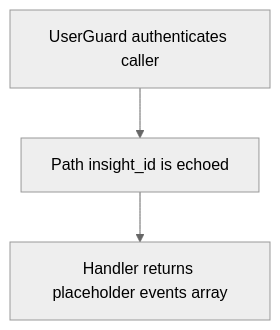
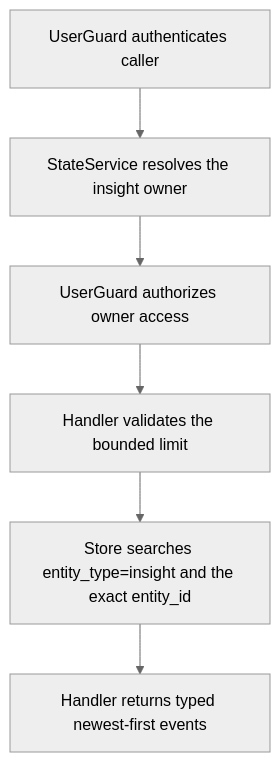
One commit to dickwu/nowledge changed the diagram in doc/api/get_v1_history_insights_insight_id_events.md. Above: the diagram before and after it, drawn with Mermaid (neutral theme). The commit also changed other lines of this file and 102 other files, not shown here.

````diff
--- a/doc/api/get_v1_history_insights_insight_id_events.md
+++ b/doc/api/get_v1_history_insights_insight_id_events.md
@@ -35,8 +40,14 @@
 ```mermaid
 flowchart TD
   n0["UserGuard authenticates caller"]
-  n1["Path insight_id is echoed"]
-  n2["Handler returns placeholder events array"]
+  n1["StateService resolves the insight owner"]
+  n2["UserGuard authorizes owner access"]
+  n3["Handler validates the bounded limit"]
+  n4["Store searches entity_type=insight and the exact entity_id"]
+  n5["Handler returns typed newest-first events"]
   n0 --> n1
   n1 --> n2
+  n2 --> n3
+  n3 --> n4
+  n4 --> n5
 ```
````
